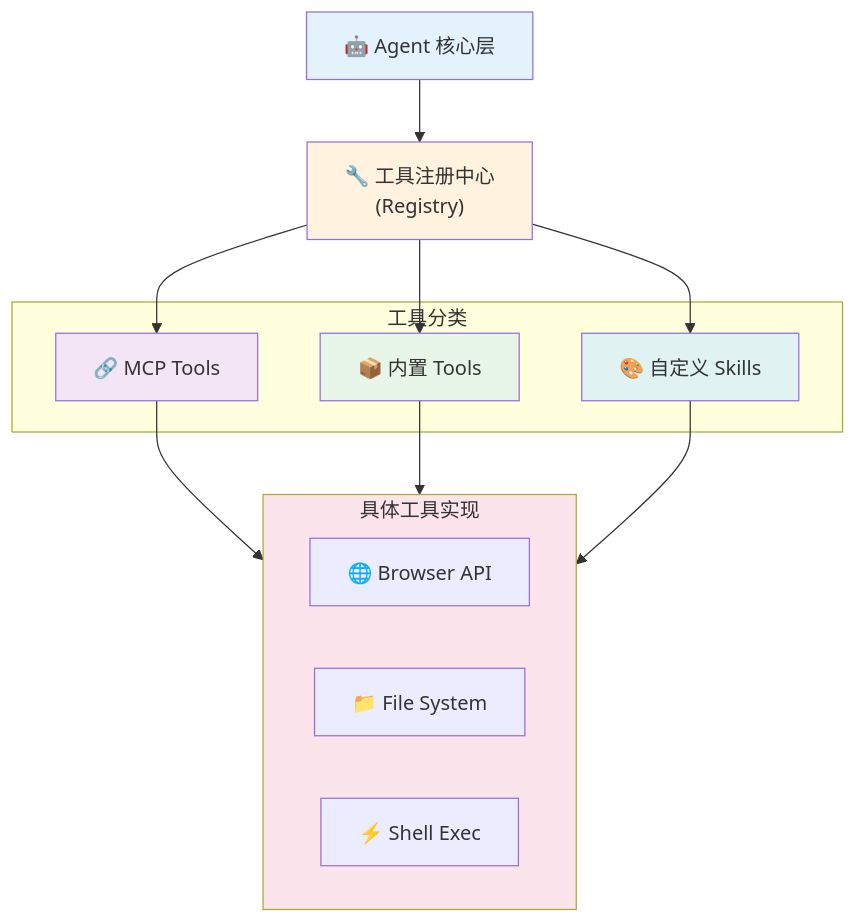
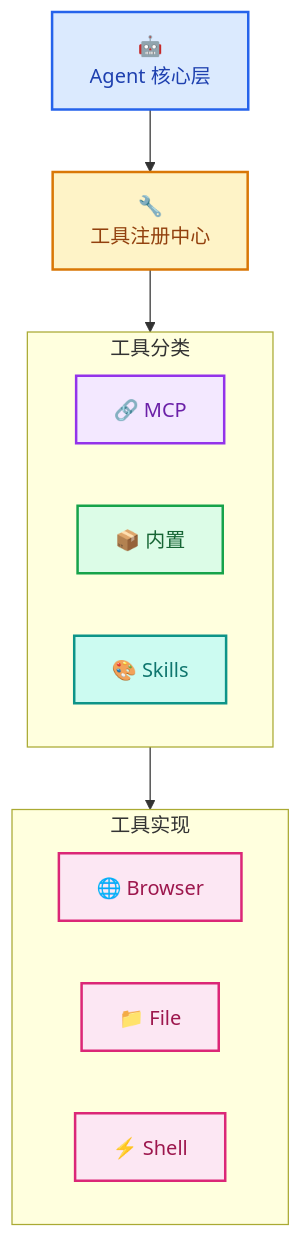
Before and after one commit to Eivs/niuma: the fifth of 6 diagrams in README.md, drawn with Mermaid. The commit also changed other lines of this file and 1 other file, not shown here.

Commit message:
refactor: Update diagrams and improve color schemes in PRD and README

````diff
--- a/README.md
+++ b/README.md
@@ -255,34 +291,38 @@
 ```mermaid
 flowchart TB
-    AgentCore["🤖 Agent 核心层"]
-
-    Registry["🔧 工具注册中心<br/>(Registry)"]
+    AgentCore["🤖<br/>Agent 核心层"]
+    Registry["🔧<br/>工具注册中心"]
 
     subgraph Tools["工具分类"]
-        MCPTools["🔗 MCP Tools"]
-        BuiltIn["📦 内置 Tools"]
-        Skills["🎨 自定义 Skills"]
+        direction LR
+        MCPTools["🔗 MCP"]
+        BuiltIn["📦 内置"]
+        Skills["🎨 Skills"]
     end
 
-    subgraph ToolImpl["具体工具实现"]
-        Browser["🌐 Browser API"]
-        FileSys["📁 File System"]
-        Shell["⚡ Shell Exec"]
+    subgraph ToolImpl["工具实现"]
+        direction LR
+        Browser["🌐 Browser"]
+        FileSys["📁 File"]
+        Shell["⚡ Shell"]
     end
 
     AgentCore --> Registry
-    Registry --> MCPTools
-    Registry --> BuiltIn
-    Registry --> Skills
+    Registry --> Tools
+    Tools --> ToolImpl
 
-    MCPTools --> ToolImpl
-    BuiltIn --> ToolImpl
-    Skills --> ToolImpl
+    %% 统一的配色方案
+    classDef core fill:#dbeafe,stroke:#2563eb,stroke-width:2px,color:#1e40af
+    classDef registry fill:#fef3c7,stroke:#d97706,stroke-width:2px,color:#92400e
+    classDef mcp fill:#f3e8ff,stroke:#9333ea,stroke-width:2px,color:#6b21a8
+    classDef builtin fill:#dcfce7,stroke:#16a34a,stroke-width:2px,color:#166534
+    classDef skills fill:#ccfbf1,stroke:#0d9488,stroke-width:2px,color:#0f766e
+    classDef impl fill:#fce7f3,stroke:#db2777,stroke-width:2px,color:#9d174d
 
-    style AgentCore fill:#e3f2fd
-    style Registry fill:#fff3e0
-    style MCPTools fill:#f3e5f5
-    style BuiltIn fill:#e8f5e9
-    style Skills fill:#e0f2f1
-    style ToolImpl fill:#fce4ec
+    class AgentCore core
+    class Registry registry
+    class MCPTools mcp
+    class BuiltIn builtin
+    class Skills skills
+    class Browser,FileSys,Shell impl
 ```
````
